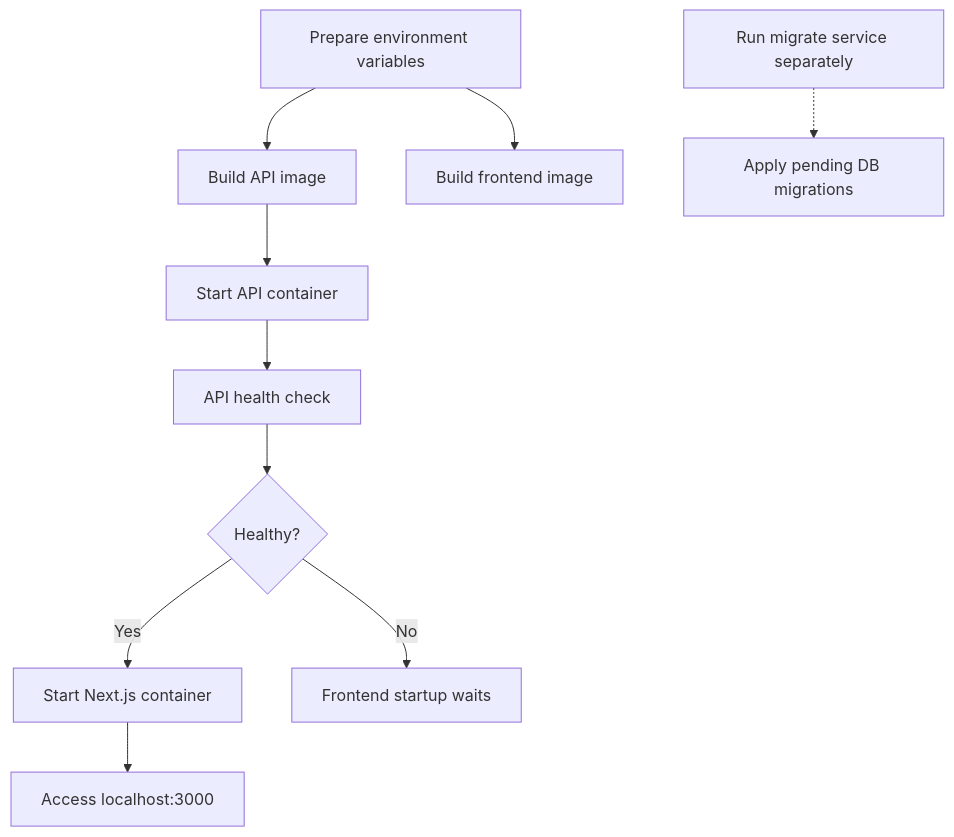
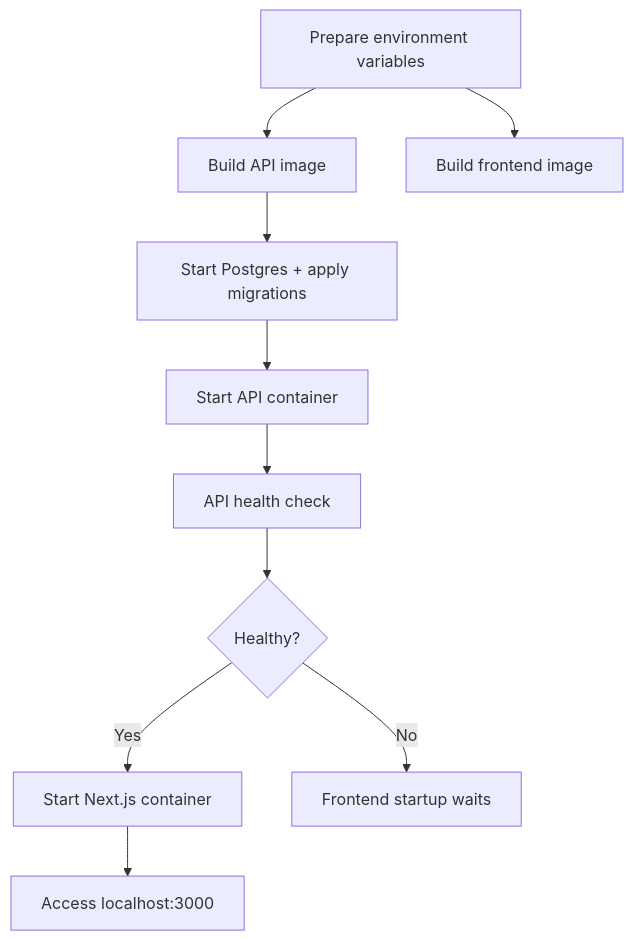
Before and after one commit to mehedi8430/smart-content-manager: the diagram in README.md, drawn with Mermaid. The commit also changed other lines of this file and 1 other file, not shown here.

First line of the commit message:
feat(docker): add local Postgres service to the compose stack

````diff
--- a/README.md
+++ b/README.md
@@ -100,12 +123,12 @@
 ```mermaid
 flowchart TD
     A["Prepare environment variables"] --> B["Build API image"]
     A --> C["Build frontend image"]
-    B --> D["Start API container"]
+    B --> M["Start Postgres + apply migrations"]
+    M --> D["Start API container"]
     D --> E["API health check"]
     E --> F{"Healthy?"}
     F -->|Yes| G["Start Next.js container"]
     F -->|No| H["Frontend startup waits"]
     G --> I["Access localhost:3000"]
-    J["Run migrate service separately"] -.-> K["Apply pending DB migrations"]
 ```
````
